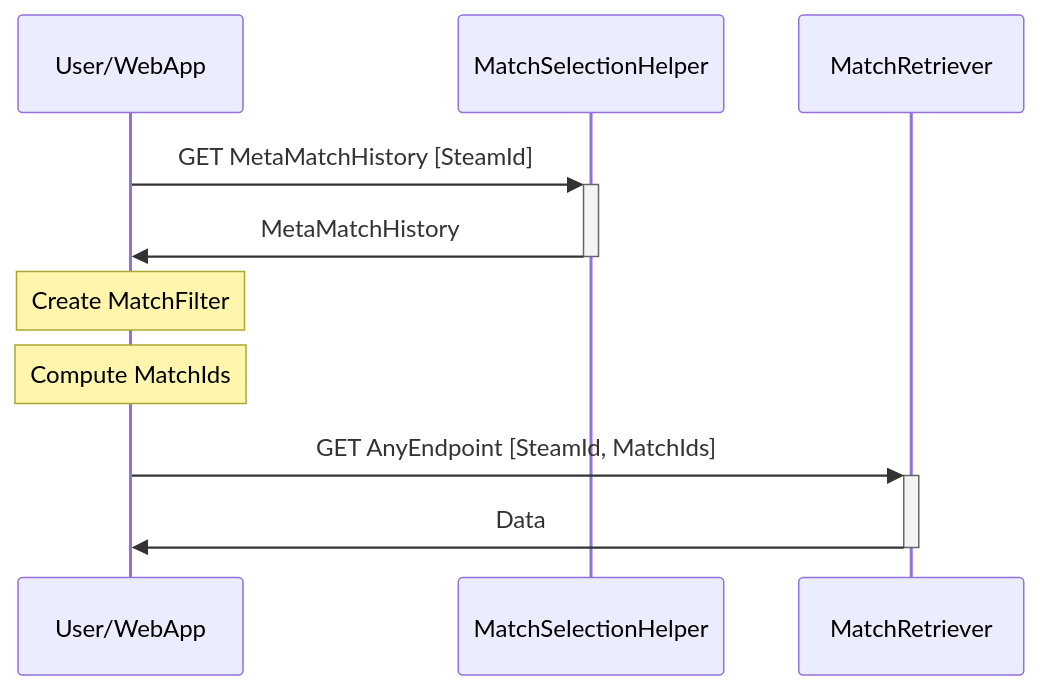
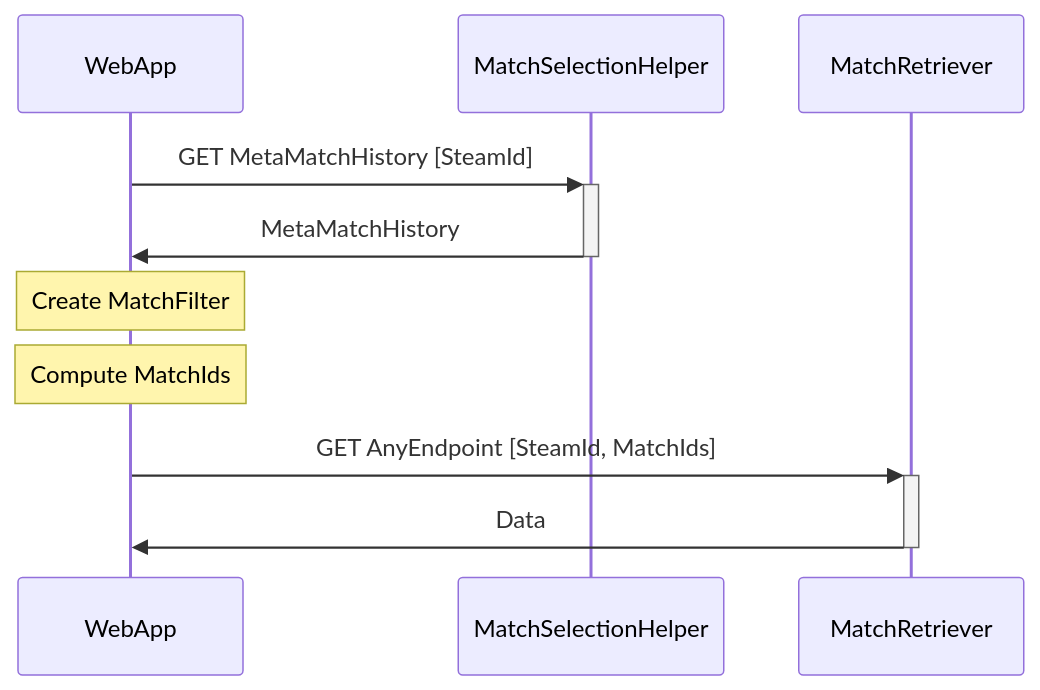
Before and after one commit to KieronKretschmar/MentorGG_ArchitectureDocumentation: the first of 2 diagrams in MatchSelection.md, drawn with Mermaid. The commit also changed other lines of this file, not shown here.

````diff
--- a/MatchSelection.md
+++ b/MatchSelection.md
@@ -16,13 +19,13 @@
 ```mermaid
 sequenceDiagram
-    participant WA as User/WebApp
+    participant WA as WebApp
     participant MSH as MatchSelectionHelper
     participant MR as MatchRetriever
 
     WA->>+MSH: GET MetaMatchHistory [SteamId]
     MSH->>-WA: MetaMatchHistory
     Note over WA: Create MatchFilter
     Note over WA: Compute MatchIds
     WA->>+MR: GET AnyEndpoint [SteamId, MatchIds]
     MR->>-WA: Data
 ```
````
